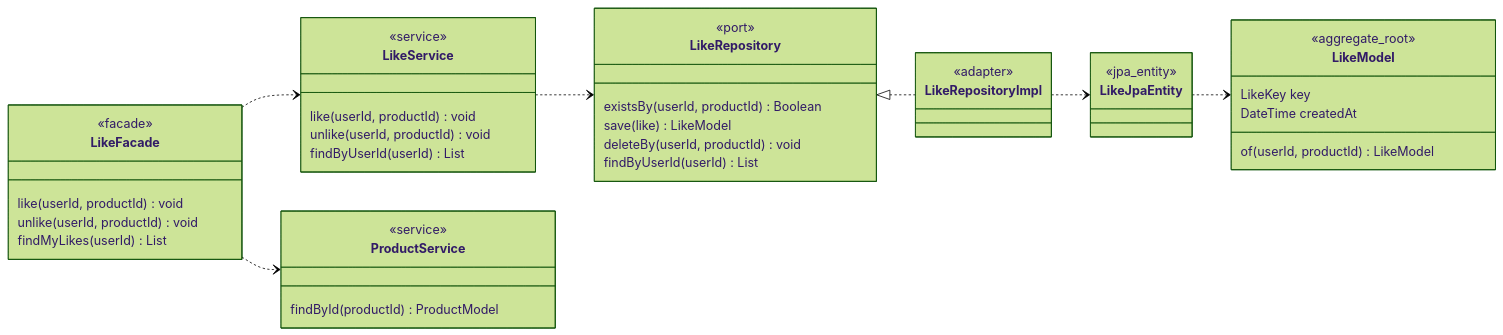
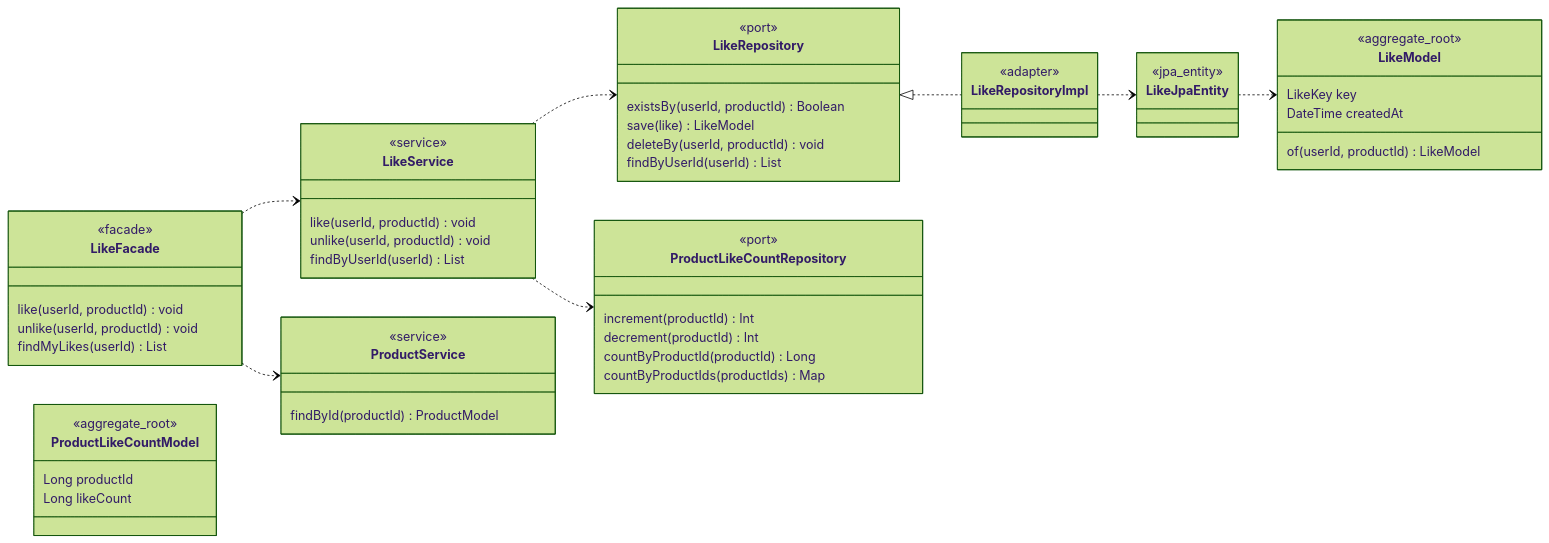
Before and after one commit to loopers-labs/loop-pack-be-l2-vol4-kotlin: the fifth of 10 diagrams in docs/design/03-class-diagram.md, drawn with Mermaid (forest theme). The commit also changed other lines of this file and 3 other files, not shown here.

````diff
--- a/docs/design/03-class-diagram.md
+++ b/docs/design/03-class-diagram.md
@@ -471,53 +471,68 @@
 ```mermaid
 classDiagram
     direction LR
 
     class LikeModel {
         <<aggregate_root>>
         LikeKey key
         DateTime createdAt
         of(userId, productId) LikeModel
     }
 
     class LikeFacade {
         <<facade>>
         like(userId, productId) void
         unlike(userId, productId) void
         findMyLikes(userId) List
     }
 
     class LikeService {
         <<service>>
         like(userId, productId) void
         unlike(userId, productId) void
         findByUserId(userId) List
     }
 
     class ProductService {
         <<service>>
         findById(productId) ProductModel
     }
 
     class LikeRepository {
         <<port>>
         existsBy(userId, productId) Boolean
         save(like) LikeModel
         deleteBy(userId, productId) void
         findByUserId(userId) List
     }
 
     class LikeRepositoryImpl {
         <<adapter>>
     }
 
     class LikeJpaEntity {
         <<jpa_entity>>
     }
 
+    class ProductLikeCountModel {
+        <<aggregate_root>>
+        Long productId
+        Long likeCount
+    }
+
+    class ProductLikeCountRepository {
+        <<port>>
+        increment(productId) Int
+        decrement(productId) Int
+        countByProductId(productId) Long
+        countByProductIds(productIds) Map
+    }
+
     LikeFacade ..> ProductService
     LikeFacade ..> LikeService
     LikeService ..> LikeRepository
+    LikeService ..> ProductLikeCountRepository
     LikeRepository <|.. LikeRepositoryImpl
     LikeRepositoryImpl ..> LikeJpaEntity
     LikeJpaEntity ..> LikeModel
 ```
````
